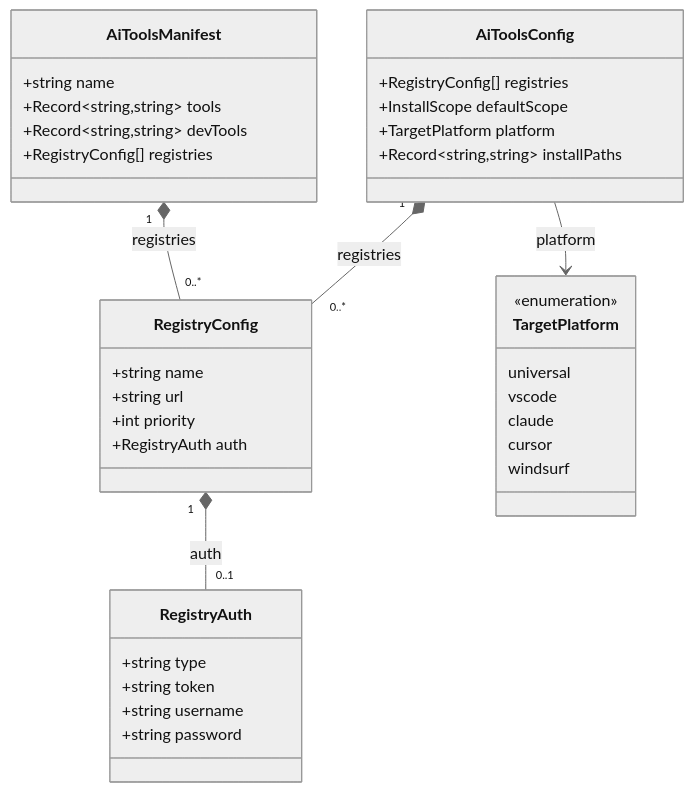
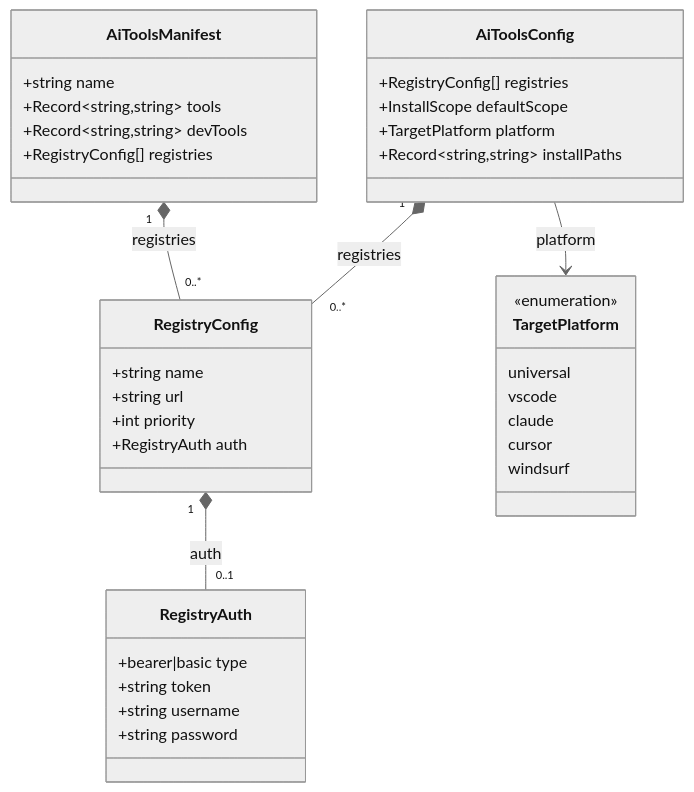
Before and after one commit to bitgenetics/aitools: the third of 6 diagrams in docs/design/data-model.md, drawn with Mermaid (neutral theme). The commit also changed other lines of this file and 13 other files, not shown here.

````diff
--- a/docs/design/data-model.md
+++ b/docs/design/data-model.md
@@ -108,44 +115,44 @@
 ```mermaid
 classDiagram
     class AiToolsConfig {
         +RegistryConfig[] registries
         +InstallScope defaultScope
         +TargetPlatform platform
         +Record~string,string~ installPaths
     }
 
     class RegistryConfig {
         +string name
         +string url
         +int priority
         +RegistryAuth auth
     }
 
     class RegistryAuth {
-        +string type
+        +bearer|basic type
         +string token
         +string username
         +string password
     }
 
     class AiToolsManifest {
         +string name
         +Record~string,string~ tools
         +Record~string,string~ devTools
         +RegistryConfig[] registries
     }
 
     class TargetPlatform {
         <<enumeration>>
         universal
         vscode
         claude
         cursor
         windsurf
     }
 
     AiToolsConfig "1" *-- "0..*" RegistryConfig : registries
     RegistryConfig "1" *-- "0..1" RegistryAuth : auth
     AiToolsConfig --> TargetPlatform : platform
     AiToolsManifest "1" *-- "0..*" RegistryConfig : registries
 ```
````
